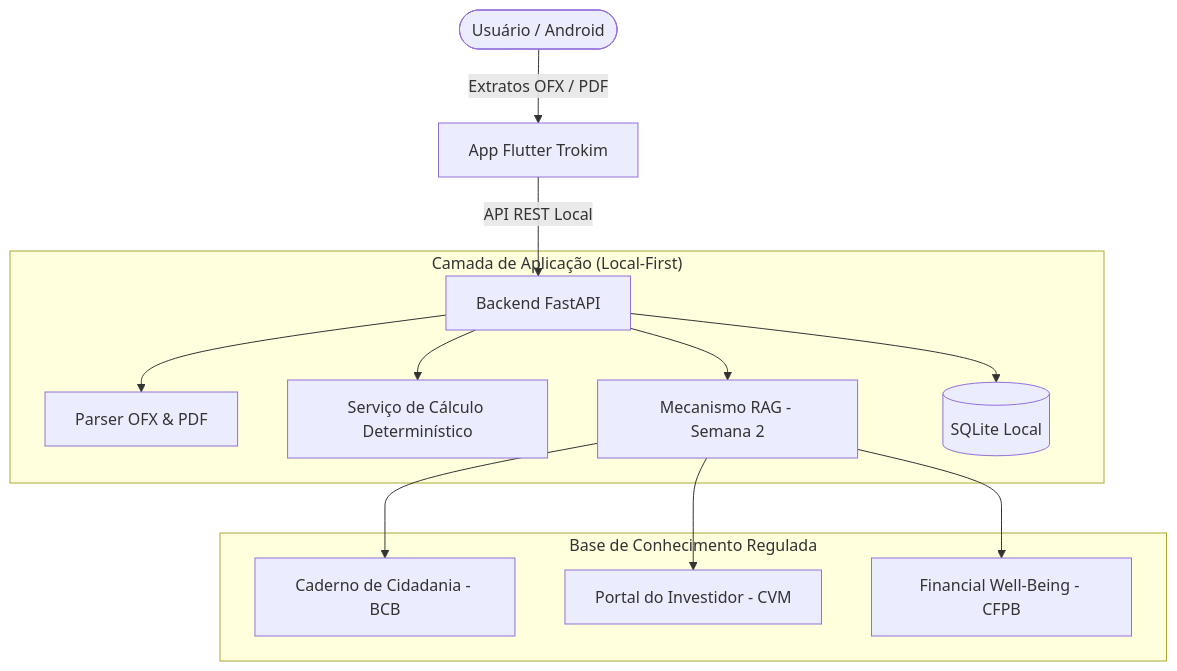
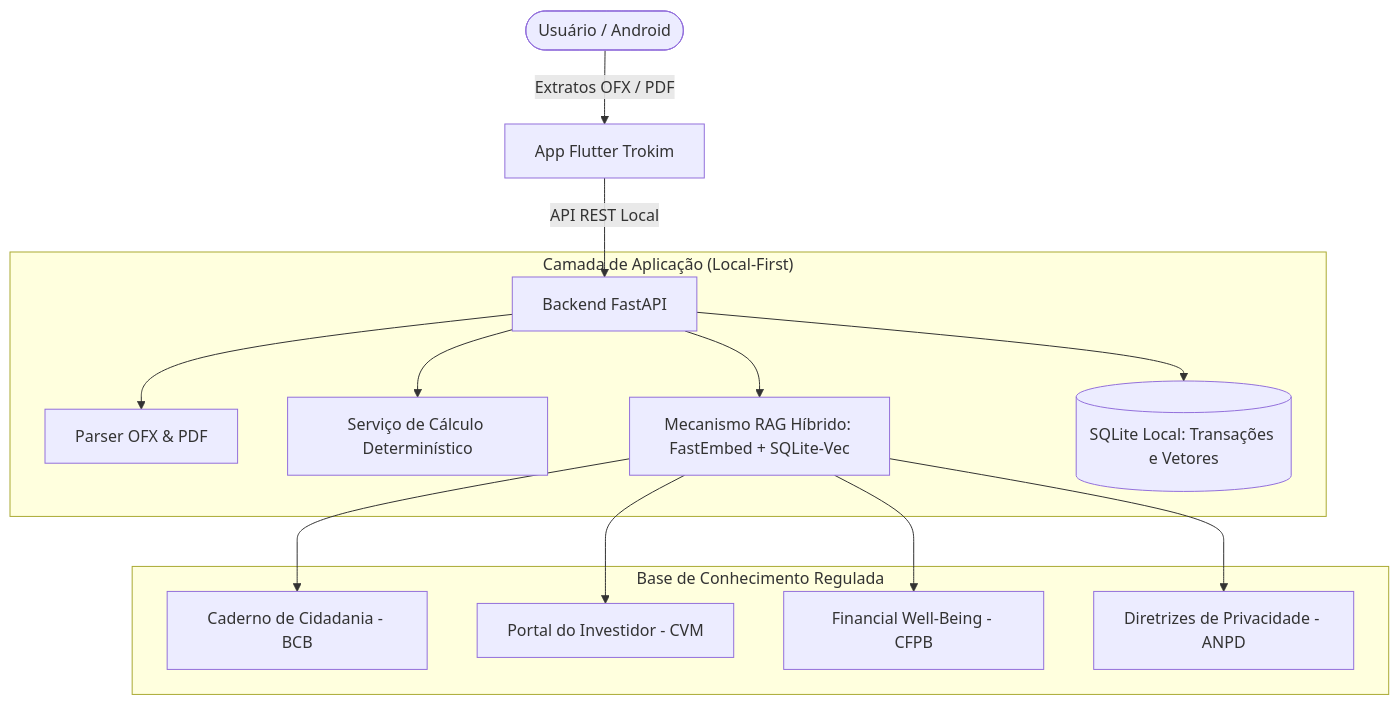
One commit to moonshinerd/trokim changed the diagram in docs/index.md. Above: the diagram before and after it, drawn with Mermaid. The commit also changed other lines of this file and 9 other files, not shown here.

````diff
--- a/docs/index.md
+++ b/docs/index.md
@@ -37,18 +65,19 @@
 ```mermaid
 graph TD
     User([Usuário / Android]) -->|Extratos OFX / PDF| Mobile[App Flutter Trokim]
     Mobile -->|API REST Local| API[Backend FastAPI]
     
     subgraph "Camada de Aplicação (Local-First)"
         API --> Parser[Parser OFX & PDF]
         API --> Calc[Serviço de Cálculo Determinístico]
-        API --> RAG[Mecanismo RAG - Semana 2]
-        API --> DB[(SQLite Local)]
+        API --> RAG[Mecanismo RAG Híbrido: FastEmbed + SQLite-Vec]
+        API --> DB[(SQLite Local: Transações e Vetores)]
     end
 
     subgraph "Base de Conhecimento Regulada"
         RAG --> BCB[Caderno de Cidadania - BCB]
         RAG --> CVM[Portal do Investidor - CVM]
         RAG --> CFPB[Financial Well-Being - CFPB]
+        RAG --> ANPD[Diretrizes de Privacidade - ANPD]
     end
 ```
````
